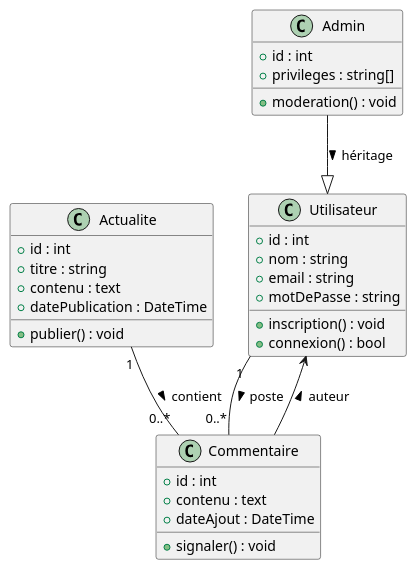
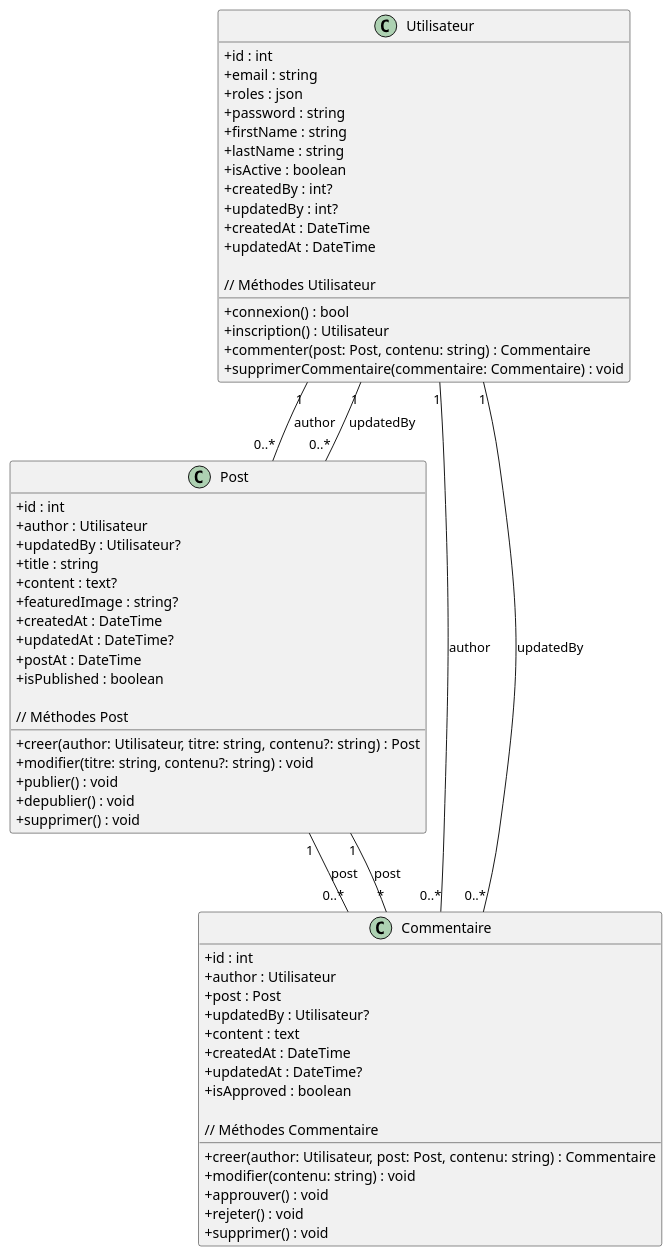
One commit to saalahmed/sp_blog_app changed the diagram in diagramme-classes.puml. Above: the diagram before and after it, drawn with PlantUML. The commit also changed 2 other files, not shown here.

Commit message:
Update UML diagram files

```diff
--- a/diagramme-classes.puml
+++ b/diagramme-classes.puml
@@ -1,41 +1,69 @@
-@startuml
-' Définition des classes principales
+@startuml diagramme-classes
+skinparam classAttributeIconSize 0
 
 class Utilisateur {
   +id : int
-  +nom : string
   +email : string
-  +motDePasse : string
-  +inscription() : void
+  +roles : json
+  +password : string
+  +firstName : string
+  +lastName : string
+  +isActive : boolean
+  +createdBy : int?
+  +updatedBy : int?
+  +createdAt : DateTime
+  +updatedAt : DateTime
+
+  // Méthodes Utilisateur
   +connexion() : bool
+  +inscription() : Utilisateur
+  +commenter(post: Post, contenu: string) : Commentaire
+  +supprimerCommentaire(commentaire: Commentaire) : void
 }
 
-class Actualite {
+class Post {
   +id : int
-  +titre : string
-  +contenu : text
-  +datePublication : DateTime
+  +author : Utilisateur
+  +updatedBy : Utilisateur?
+  +title : string
+  +content : text?
+  +featuredImage : string?
+  +createdAt : DateTime
+  +updatedAt : DateTime?
+  +postAt : DateTime
+  +isPublished : boolean
+
+  // Méthodes Post
+  +creer(author: Utilisateur, titre: string, contenu?: string) : Post
+  +modifier(titre: string, contenu?: string) : void
   +publier() : void
+  +depublier() : void
+  +supprimer() : void
 }
 
 class Commentaire {
   +id : int
-  +contenu : text
-  +dateAjout : DateTime
-  +signaler() : void
+  +author : Utilisateur
+  +post : Post
+  +updatedBy : Utilisateur?
+  +content : text
+  +createdAt : DateTime
+  +updatedAt : DateTime?
+  +isApproved : boolean
+
+  // Méthodes Commentaire
+  +creer(author: Utilisateur, post: Post, contenu: string) : Commentaire
+  +modifier(contenu: string) : void
+  +approuver() : void
+  +rejeter() : void
+  +supprimer() : void
 }
 
-class Admin {
-  +id : int
-  +privileges : string[]
-  +moderation() : void
-}
-
-' Relations
-
-Utilisateur "1" -- "0..*" Commentaire : poste >
-Actualite    "1" -- "0..*" Commentaire : contient >
-Commentaire  --> Utilisateur           : auteur >
-Admin        --|> Utilisateur          : héritage >
+Utilisateur "1" -- "0..*" Post : author
+Utilisateur "1" -- "0..*" Post : updatedBy
+Post "1" -- "0..*" Commentaire : post
+Utilisateur "1" -- "0..*" Commentaire : author
+Utilisateur "1" -- "0..*" Commentaire : updatedBy
+Commentaire "*" -- "1" Post : post
 
 @enduml
```
